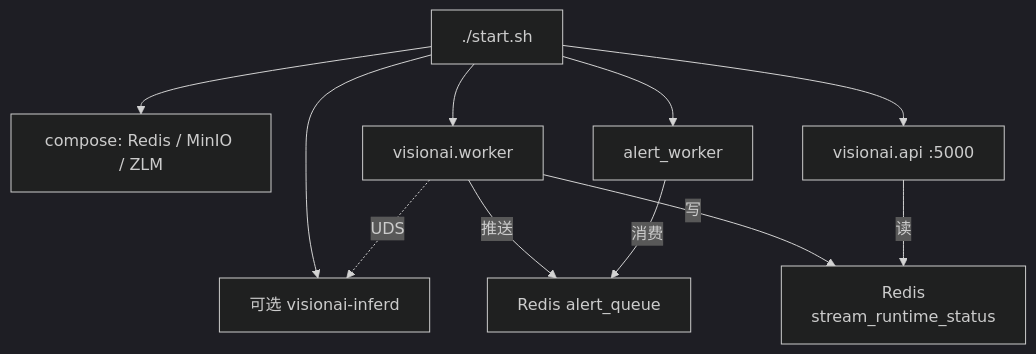
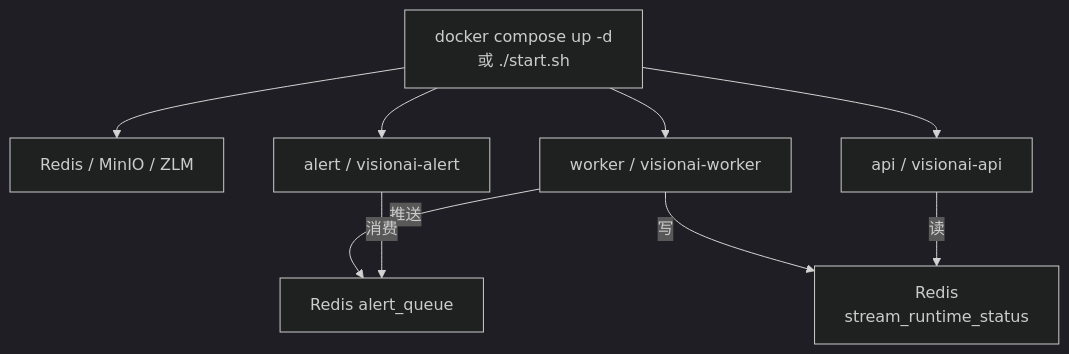
Before and after one commit to jiaxu-wang/JXVisionAI: the second of 5 diagrams in docs/architecture.md, drawn with Mermaid (dark theme). The commit also changed other lines of this file and 72 other files, not shown here.

````diff
--- a/docs/architecture.md
+++ b/docs/architecture.md
@@ -80,14 +128,12 @@
 ```mermaid
 flowchart TB
-  Start["./start.sh"] --> Deps["compose: Redis / MinIO / ZLM"]
-  Start --> OptInfer["可选 visionai-inferd"]
-  Start --> AW["alert_worker"]
-  Start --> W["visionai.worker"]
-  Start --> A["visionai.api :5000"]
+  Start["docker compose up -d<br/>或 ./start.sh"] --> Deps["Redis / MinIO / ZLM"]
+  Start --> AW["alert / visionai-alert"]
+  Start --> W["worker / visionai-worker"]
+  Start --> A["api / visionai-api"]
 
   W -->|写| RS["Redis<br/>stream_runtime_status"]
   A -->|读| RS
   W -->|推送| AQ["Redis alert_queue"]
   AW -->|消费| AQ
-  W -.->|UDS| OptInfer
 ```
````
